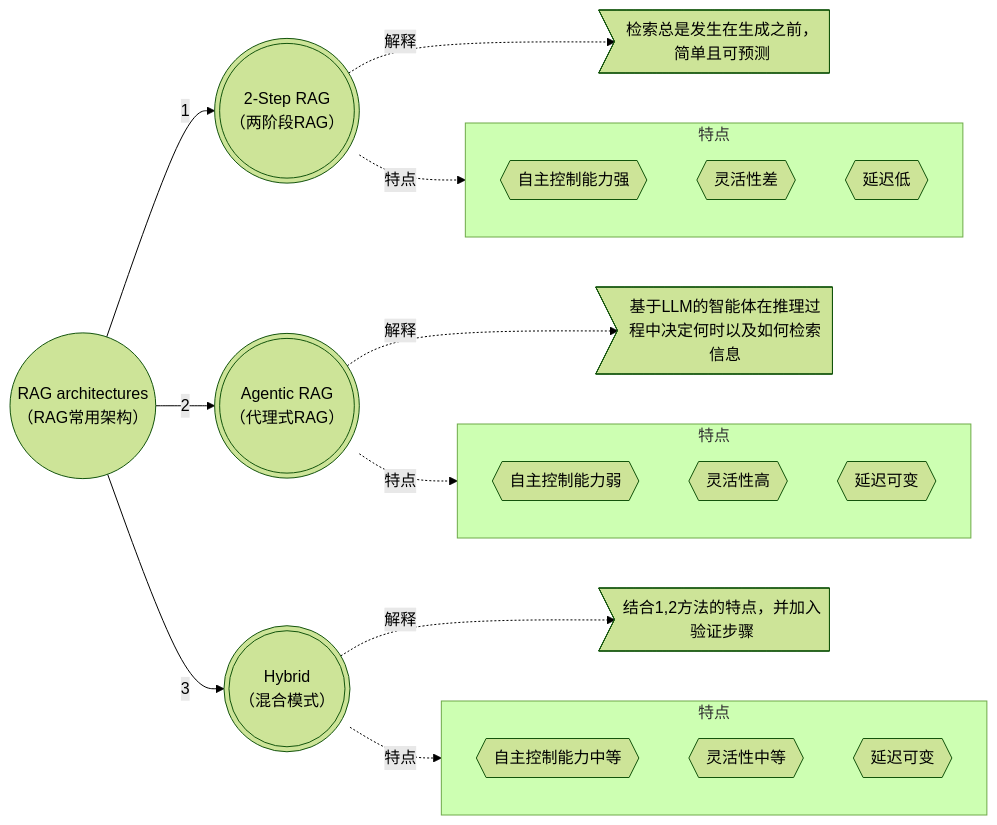
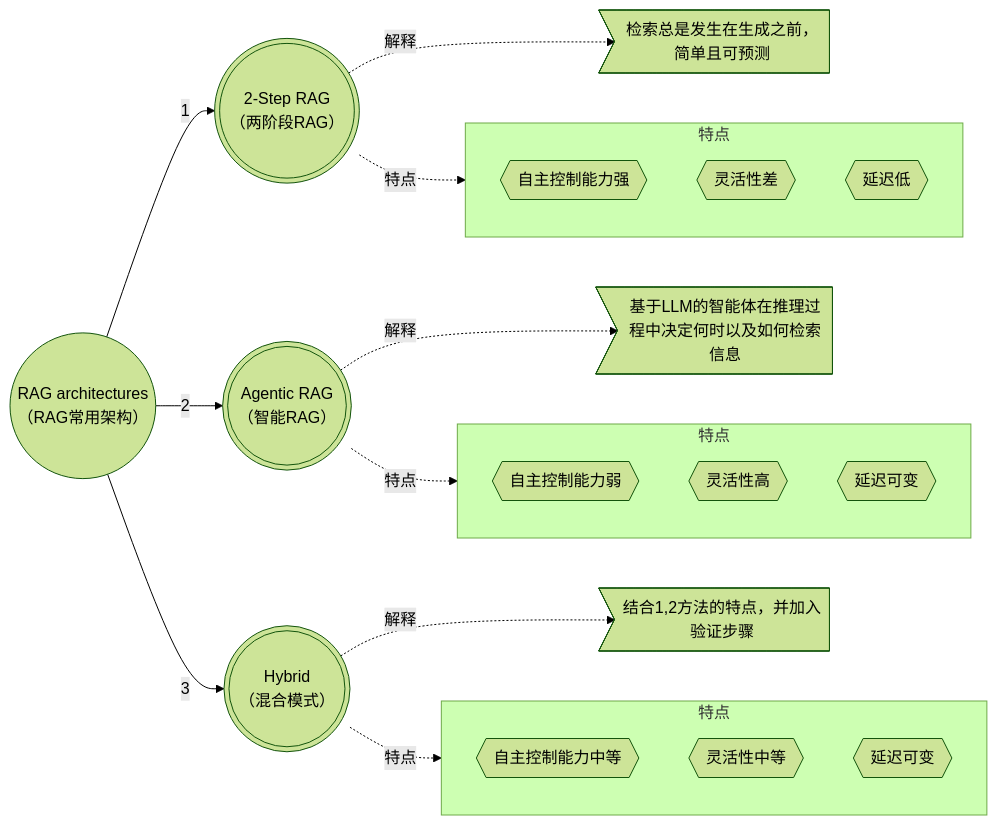
One commit to 290044632/bookmark changed the third of 5 diagrams in AI/RAG.md. Above: the diagram before and after it, drawn with Mermaid (forest theme). The commit also changed other lines of this file, not shown here.

````diff
--- a/AI/RAG.md
+++ b/AI/RAG.md
@@ -55,38 +55,38 @@
 ```mermaid
 flowchart LR
     A(("RAG architectures
     （RAG常用架构）"))
     
     A-->|1|A1((("2-Step RAG
     （两阶段RAG）")))
     A1-.->|解释|A11>"检索总是发生在生成之前，简单且可预测"]
     subgraph A12["特点"]
         direction TB
         A121{{"自主控制能力强"}}
         A122{{"灵活性差"}}
         A123{{"延迟低"}}
     end
     A1-.->|特点|A12
     
     A-->|2|A2((("Agentic RAG
-    （代理式RAG）")))
+    （智能RAG）")))
     A2-.->|解释|A21>"基于LLM的智能体在推理过程中决定何时以及如何检索信息"]
     subgraph A22["特点"]
         direction TB
         A221{{"自主控制能力弱"}}
         A222{{"灵活性高"}}
         A223{{"延迟可变"}}
     end
     A2-.->|特点|A22
     
     A-->|3|A3((("Hybrid
     （混合模式）")))
     A3-.->|解释|A31>"结合1,2方法的特点，并加入验证步骤"]
     subgraph A32["特点"]
         direction TB
         A321{{"自主控制能力中等"}}
         A322{{"灵活性中等"}}
         A323{{"延迟可变"}}
     end
     A3-.->|特点|A32
 ```
````
